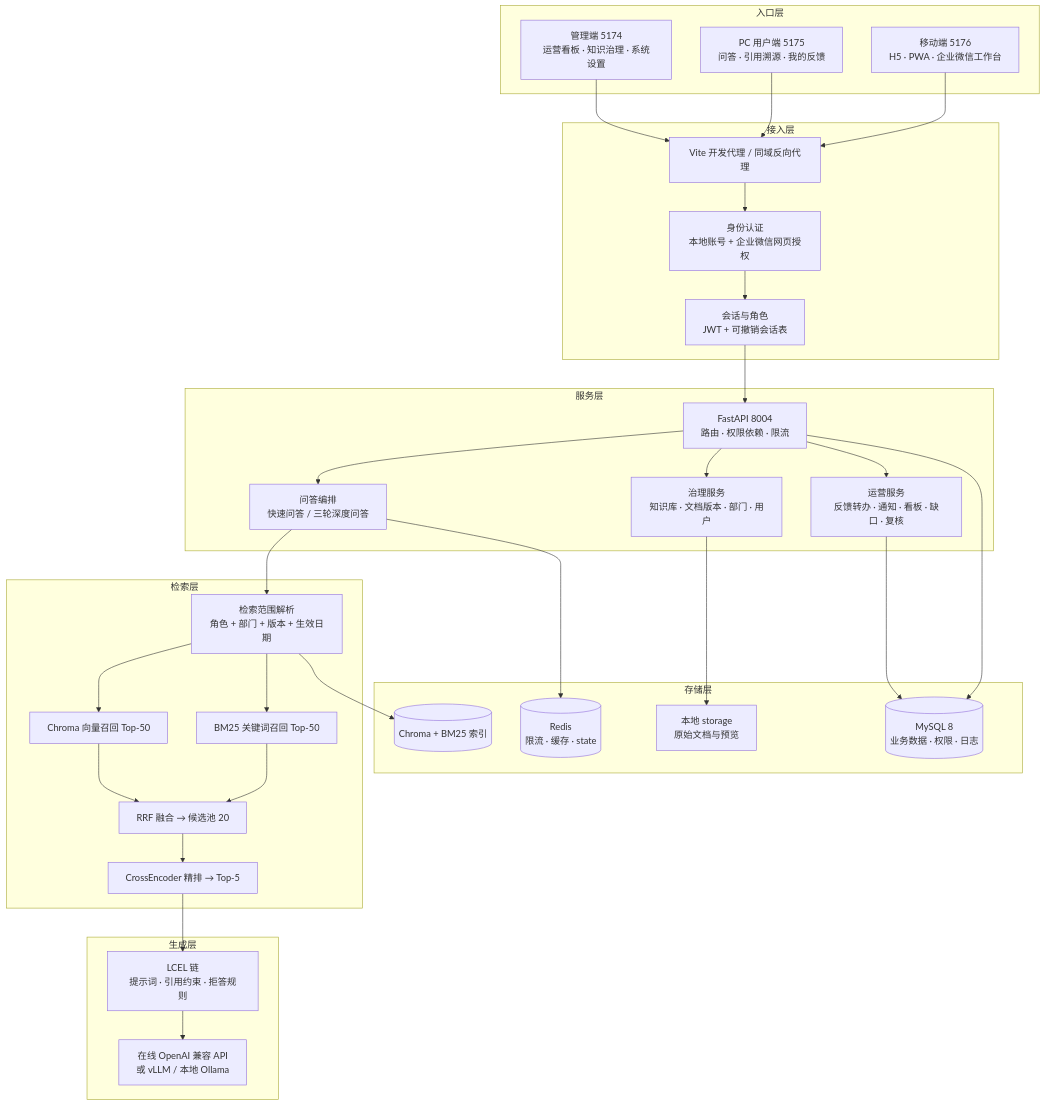
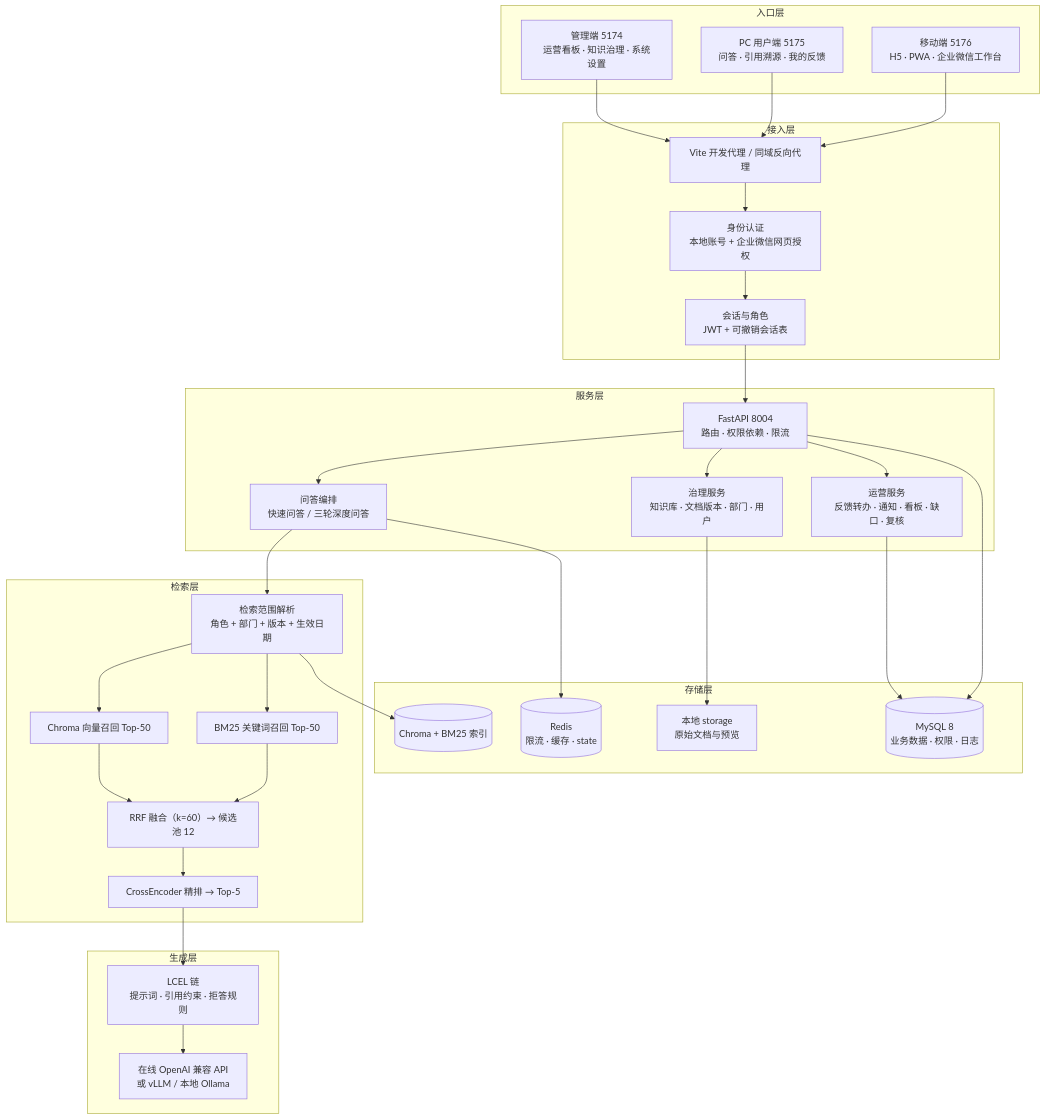
The first of 3 diagrams in 基于LangChain的校园RAG知识库系统/README.md (Huise1102/Rerank_RAG), drawn with Mermaid before and after one commit.

````diff
--- a/基于LangChain的校园RAG知识库系统/README.md
+++ b/基于LangChain的校园RAG知识库系统/README.md
@@ -11,61 +11,61 @@
 ```mermaid
 flowchart TB
     subgraph 入口层
         A1["管理端 5174<br/>运营看板 · 知识治理 · 系统设置"]
         A2["PC 用户端 5175<br/>问答 · 引用溯源 · 我的反馈"]
         A3["移动端 5176<br/>H5 · PWA · 企业微信工作台"]
     end
 
     subgraph 接入层
         B1["Vite 开发代理 / 同域反向代理"]
         B2["身份认证<br/>本地账号 + 企业微信网页授权"]
         B3["会话与角色<br/>JWT + 可撤销会话表"]
     end
 
     subgraph 服务层
         C1["FastAPI 8004<br/>路由 · 权限依赖 · 限流"]
         C2["问答编排<br/>快速问答 / 三轮深度问答"]
         C3["治理服务<br/>知识库 · 文档版本 · 部门 · 用户"]
         C4["运营服务<br/>反馈转办 · 通知 · 看板 · 缺口 · 复核"]
     end
 
     subgraph 检索层
         D1["检索范围解析<br/>角色 + 部门 + 版本 + 生效日期"]
         D2["Chroma 向量召回 Top-50"]
         D3["BM25 关键词召回 Top-50"]
-        D4["RRF 融合 → 候选池 20"]
+        D4["RRF 融合（k=60）→ 候选池 12"]
         D5["CrossEncoder 精排 → Top-5"]
     end
 
     subgraph 生成层
         E1["LCEL 链<br/>提示词 · 引用约束 · 拒答规则"]
         E2["在线 OpenAI 兼容 API<br/>或 vLLM / 本地 Ollama"]
     end
 
     subgraph 存储层
         F1[("MySQL 8<br/>业务数据 · 权限 · 日志")]
         F2[("Chroma + BM25 索引")]
         F3[("Redis<br/>限流 · 缓存 · state")]
         F4["本地 storage<br/>原始文档与预览"]
     end
 
     A1 --> B1
     A2 --> B1
     A3 --> B1
     B1 --> B2 --> B3 --> C1
     C1 --> C2
     C1 --> C3
     C1 --> C4
     C2 --> D1
     D1 --> D2
     D1 --> D3
     D2 --> D4
     D3 --> D4
     D4 --> D5
     D5 --> E1 --> E2
     C1 --> F1
     D1 --> F2
     C2 --> F3
     C3 --> F4
     C4 --> F1
 ```
````
